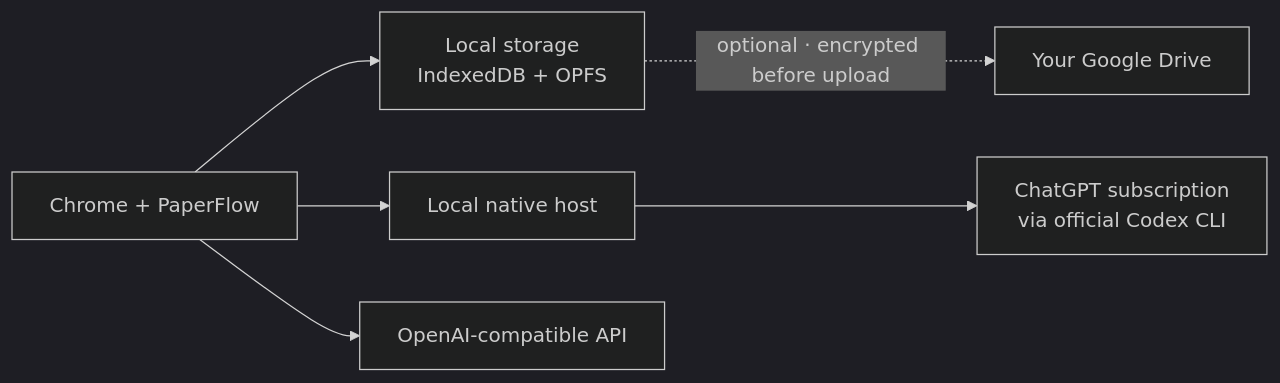
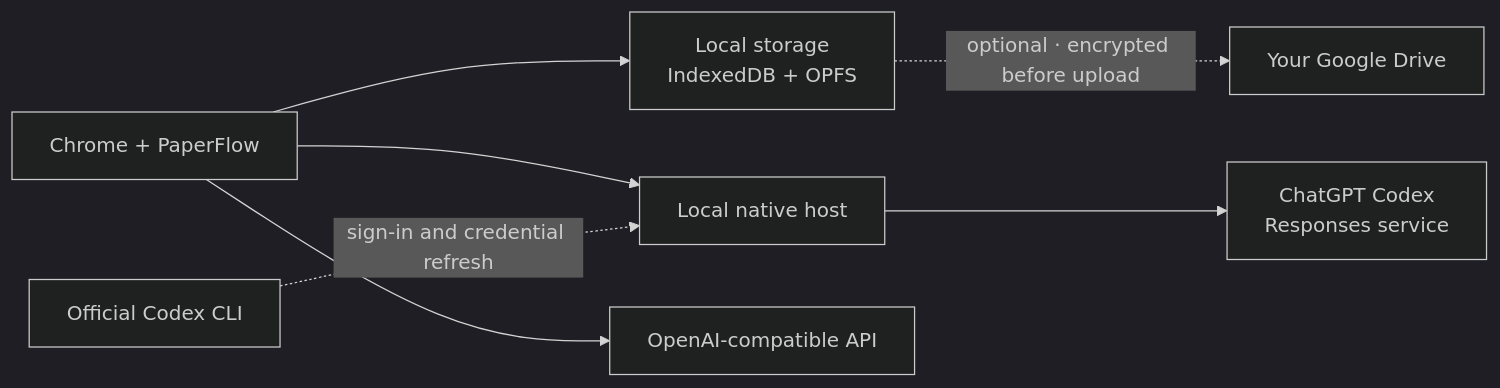
The diagram in README.md (Dai0-2/paperflow), drawn with Mermaid (dark theme) before and after one commit. The commit also changed other lines of this file and 22 other files, not shown here.

Commit message:
feat: connect ChatGPT subscription directly via Codex OAuth

````diff
--- a/README.md
+++ b/README.md
@@ -113,8 +113,9 @@
 ```mermaid
 flowchart LR
     B["Chrome + PaperFlow"] --> L["Local storage<br/>IndexedDB + OPFS"]
     L -. "optional · encrypted before upload" .-> D["Your Google Drive"]
     B --> H["Local native host"]
-    H --> C["ChatGPT subscription<br/>via official Codex CLI"]
+    H --> C["ChatGPT Codex<br/>Responses service"]
+    X["Official Codex CLI"] -. "sign-in and credential refresh" .-> H
     B --> A["OpenAI-compatible API"]
 ```
````
